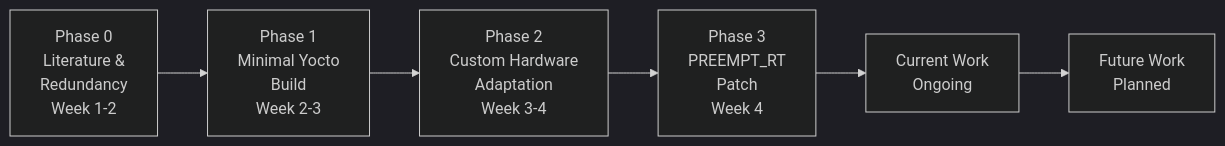
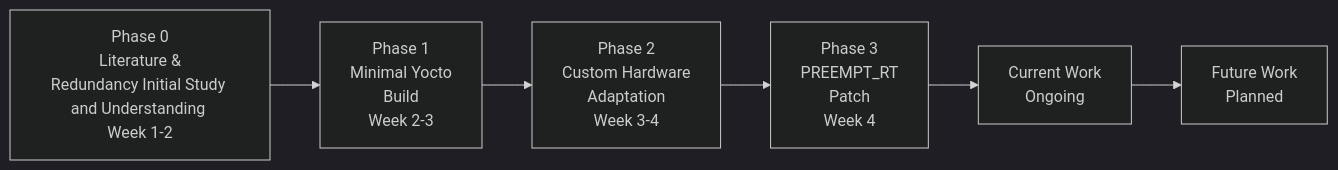
One commit to ajaymrk95/yocto-project-build-docs changed the diagram in docs/index.md. Above: the diagram before and after it, drawn with Mermaid (dark theme). The commit also changed other lines of this file and 9 other files, not shown here.

Commit message:
Refine Overall Outlines, Update Chart Corrections and Improve Roadmap and Overview Markdowns

````diff
--- a/docs/index.md
+++ b/docs/index.md
@@ -76,11 +121,11 @@
 ```mermaid
 graph LR
-    P0["Phase 0\nLiterature &\nRedundancy\nWeek 1-2"]
+    P0["Phase 0\nLiterature &\nRedundancy Initial Study and Understanding \nWeek 1-2"]
     P1["Phase 1\nMinimal Yocto\nBuild\nWeek 2-3"]
     P2["Phase 2\nCustom Hardware\nAdaptation\nWeek 3-4"]
     P3["Phase 3\nPREEMPT_RT\nPatch\nWeek 4"]
     CW["Current Work\nOngoing"]
     FW["Future Work\nPlanned"]
 
     P0 --> P1 --> P2 --> P3 --> CW --> FW
 ```
````
